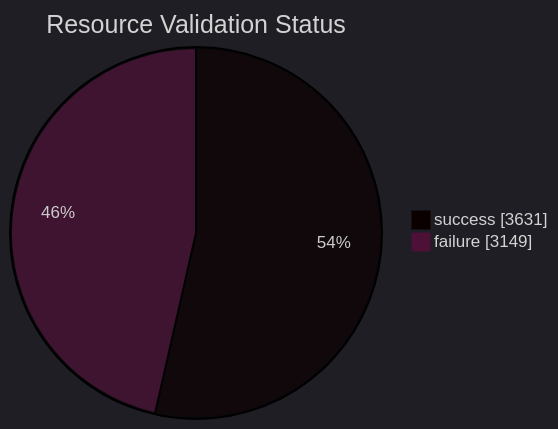
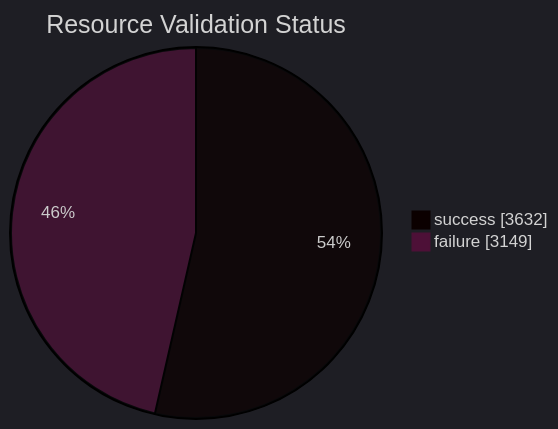
The diagram in datastore_tracker/resource_validation_status_pie_chart.md (open-data/analytics-corporate-reporting), drawn with Mermaid before and after one commit. The commit also changed 9 other files, not shown here.

````diff
--- a/datastore_tracker/resource_validation_status_pie_chart.md
+++ b/datastore_tracker/resource_validation_status_pie_chart.md
@@ -2,9 +2,9 @@
 ```mermaid
 ---
 config:
   theme: dark
 ---
 pie showData title Resource Validation Status
-    "success": 3631
+    "success": 3632
     "failure": 3149
 ```
````
